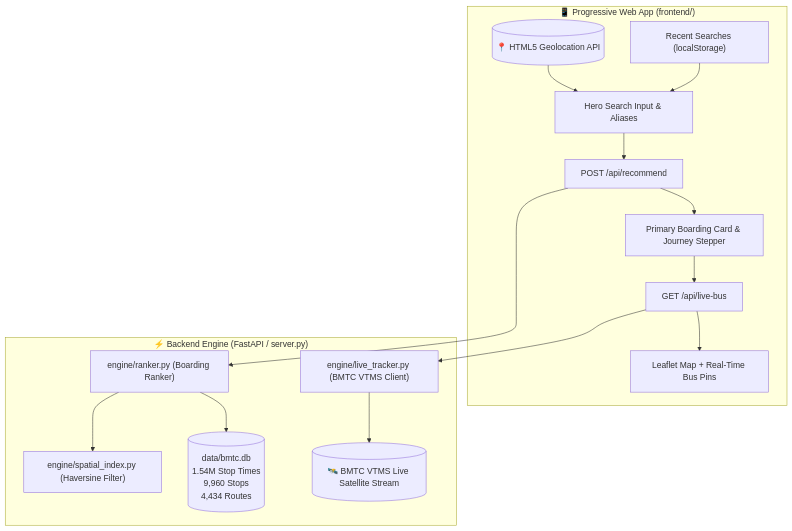
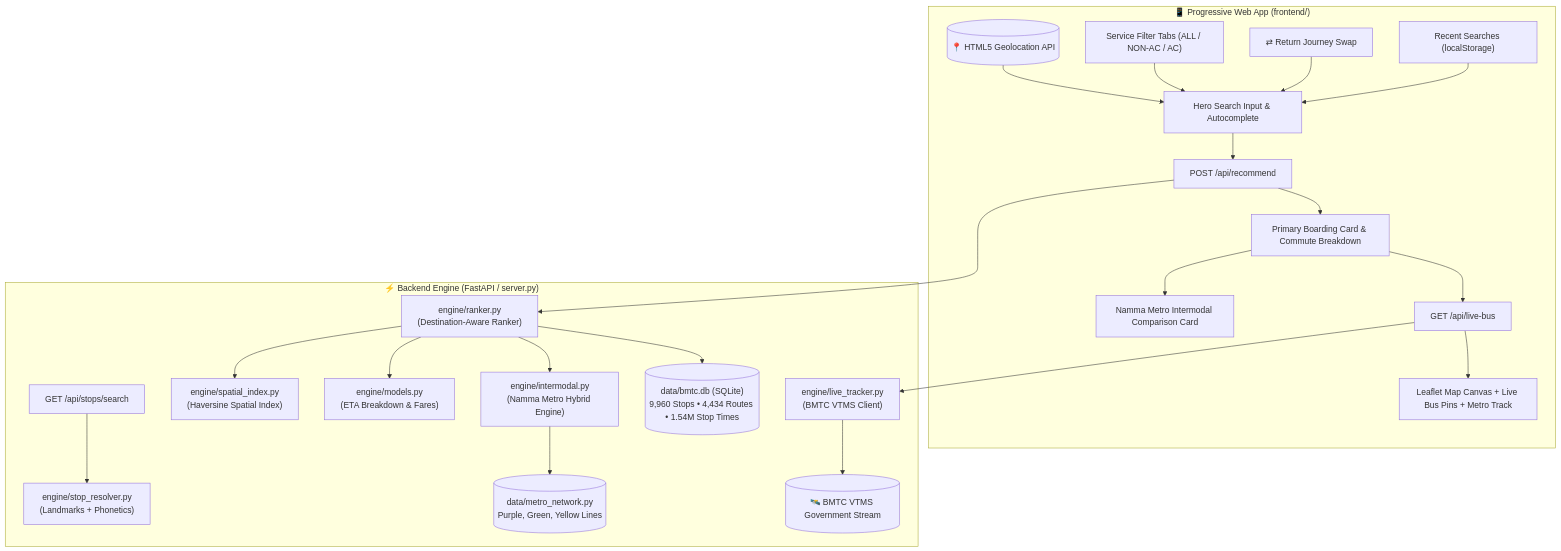
Before and after one commit to Shreyas0047/NammaBMTC-Navigator: the diagram in README.md, drawn with Mermaid. The commit also changed other lines of this file, not shown here.

Commit message:
Update README.md with comprehensive documentation for all capabilities & 54/54 test suite

````diff
--- a/README.md
+++ b/README.md
@@ -64,19 +94,26 @@
 ```mermaid
 flowchart TD
     subgraph Client["📱 Progressive Web App (frontend/)"]
-        GPS[("📍 HTML5 Geolocation API")] --> Search["Hero Search Input & Aliases"]
+        GPS[("📍 HTML5 Geolocation API")] --> Search["Hero Search Input & Autocomplete"]
+        Filter["Service Filter Tabs (ALL / NON-AC / AC)"] --> Search
+        Swap["⇄ Return Journey Swap"] --> Search
         Recent["Recent Searches (localStorage)"] --> Search
         Search --> RecommendReq["POST /api/recommend"]
-        RecommendReq --> RenderCard["Primary Boarding Card & Journey Stepper"]
+        RecommendReq --> RenderCard["Primary Boarding Card & Commute Breakdown"]
+        RenderCard --> MetroCard["Namma Metro Intermodal Comparison Card"]
         RenderCard --> LiveVTMS["GET /api/live-bus"]
-        LiveVTMS --> DynamicMap["Leaflet Map + Real-Time Bus Pins"]
+        LiveVTMS --> DynamicMap["Leaflet Map Canvas + Live Bus Pins + Metro Track"]
     end
 
     subgraph Server["⚡ Backend Engine (FastAPI / server.py)"]
-        RecommendReq --> Ranker["engine/ranker.py (Boarding Ranker)"]
-        Ranker --> Spatial["engine/spatial_index.py (Haversine Filter)"]
-        Ranker --> DB[("data/bmtc.db\n1.54M Stop Times\n9,960 Stops\n4,434 Routes")]
-        LiveVTMS --> Telemetry["engine/live_tracker.py (BMTC VTMS Client)"]
-        Telemetry --> RemoteVTMS[("🛰️ BMTC VTMS Live Satellite Stream")]
+        SearchStop["GET /api/stops/search"] --> StopResolver["engine/stop_resolver.py\n(Landmarks + Phonetics)"]
+        RecommendReq --> Ranker["engine/ranker.py\n(Destination-Aware Ranker)"]
+        Ranker --> Spatial["engine/spatial_index.py\n(Haversine Spatial Index)"]
+        Ranker --> Models["engine/models.py\n(ETA Breakdown & Fares)"]
+        Ranker --> Intermodal["engine/intermodal.py\n(Namma Metro Hybrid Engine)"]
+        Intermodal --> MetroDB[("data/metro_network.py\nPurple, Green, Yellow Lines")]
+        Ranker --> DB[("data/bmtc.db (SQLite)\n9,960 Stops • 4,434 Routes • 1.54M Stop Times")]
+        LiveVTMS --> Telemetry["engine/live_tracker.py\n(BMTC VTMS Client)"]
+        Telemetry --> RemoteVTMS[("🛰️ BMTC VTMS Government Stream")]
     end
 ```
````
